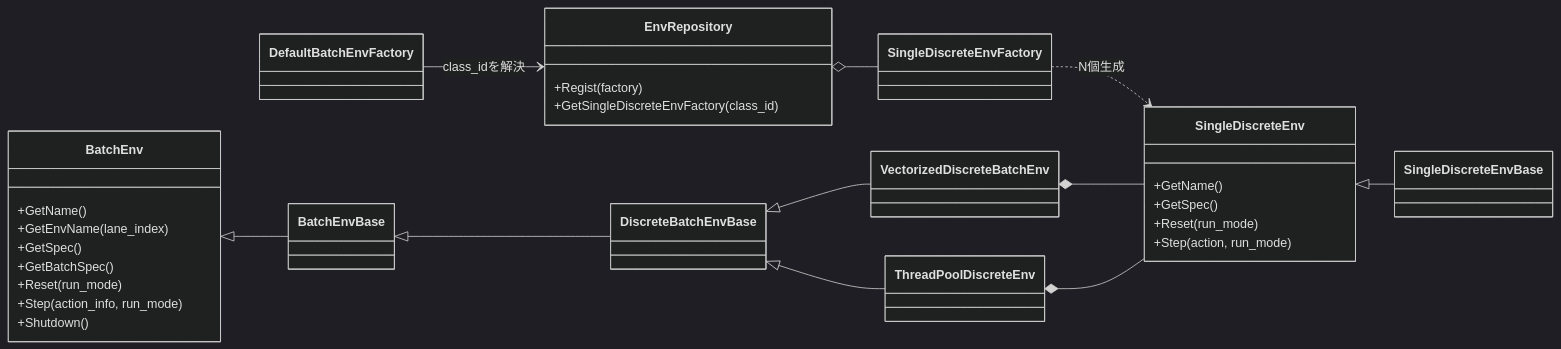
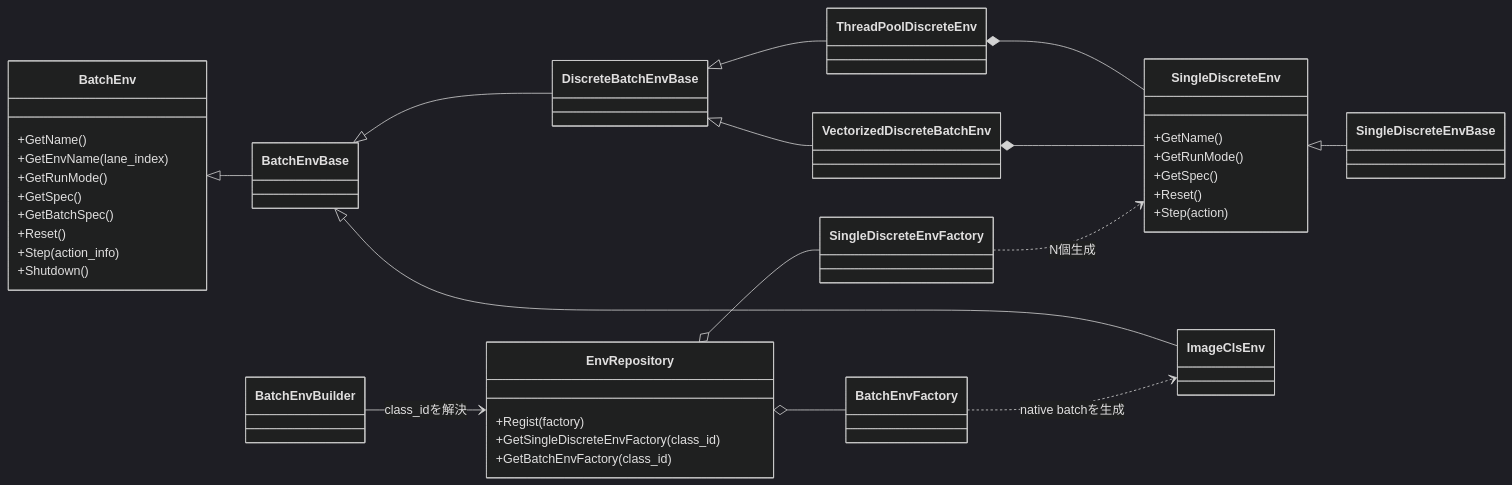
Before and after one commit to kazukin123/anet-lab: the first of 2 diagrams in docs/design/120_environments.jp.md, drawn with Mermaid (dark theme). The commit also changed other lines of this file and 60 other files, not shown here.

````diff
--- a/docs/design/120_environments.jp.md
+++ b/docs/design/120_environments.jp.md
@@ -103,42 +109,50 @@
 ```mermaid
 classDiagram
 direction LR
 
 class EnvRepository {
   +Regist(factory)
   +GetSingleDiscreteEnvFactory(class_id)
+  +GetBatchEnvFactory(class_id)
 }
 class SingleDiscreteEnvFactory
+class BatchEnvFactory
 class SingleDiscreteEnv {
   +GetName()
+  +GetRunMode()
   +GetSpec()
-  +Reset(run_mode)
-  +Step(action, run_mode)
+  +Reset()
+  +Step(action)
 }
 class SingleDiscreteEnvBase
-class DefaultBatchEnvFactory
+class BatchEnvBuilder
 class BatchEnv {
   +GetName()
   +GetEnvName(lane_index)
+  +GetRunMode()
   +GetSpec()
   +GetBatchSpec()
-  +Reset(run_mode)
-  +Step(action_info, run_mode)
+  +Reset()
+  +Step(action_info)
   +Shutdown()
 }
 class BatchEnvBase
 class DiscreteBatchEnvBase
 class VectorizedDiscreteBatchEnv
 class ThreadPoolDiscreteEnv
+class ImageClsEnv
 
 EnvRepository o-- SingleDiscreteEnvFactory
-DefaultBatchEnvFactory --> EnvRepository : class_idを解決
+EnvRepository o-- BatchEnvFactory
+BatchEnvBuilder --> EnvRepository : class_idを解決
+BatchEnvFactory ..> ImageClsEnv : native batchを生成
 SingleDiscreteEnvFactory ..> SingleDiscreteEnv : N個生成
 SingleDiscreteEnv <|-- SingleDiscreteEnvBase
 BatchEnv <|-- BatchEnvBase
 BatchEnvBase <|-- DiscreteBatchEnvBase
 DiscreteBatchEnvBase <|-- VectorizedDiscreteBatchEnv
 DiscreteBatchEnvBase <|-- ThreadPoolDiscreteEnv
+BatchEnvBase <|-- ImageClsEnv
 VectorizedDiscreteBatchEnv *-- SingleDiscreteEnv
 ThreadPoolDiscreteEnv *-- SingleDiscreteEnv
 ```
````
